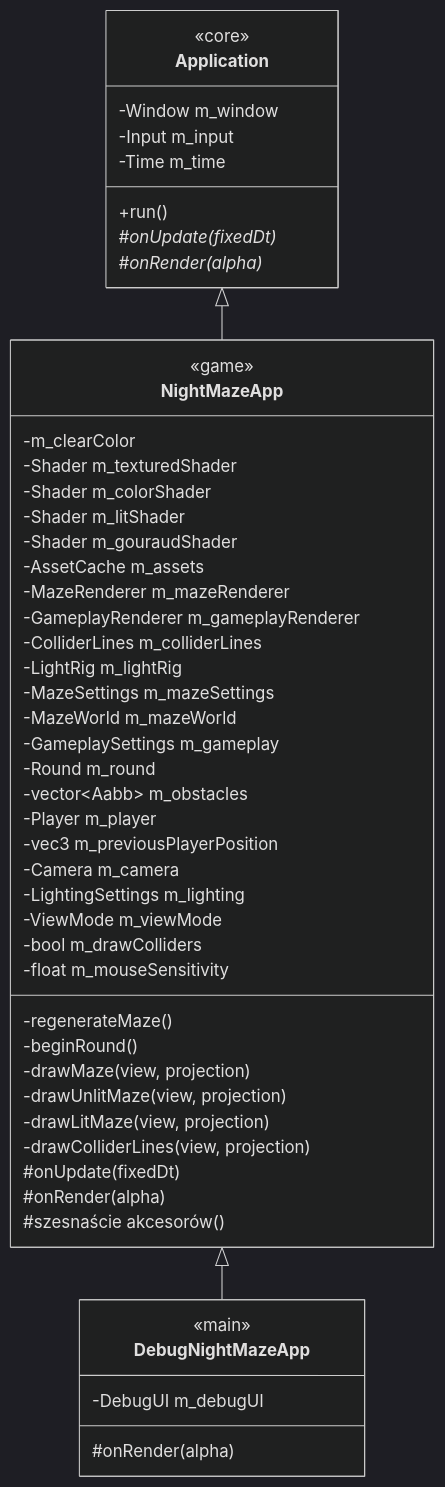
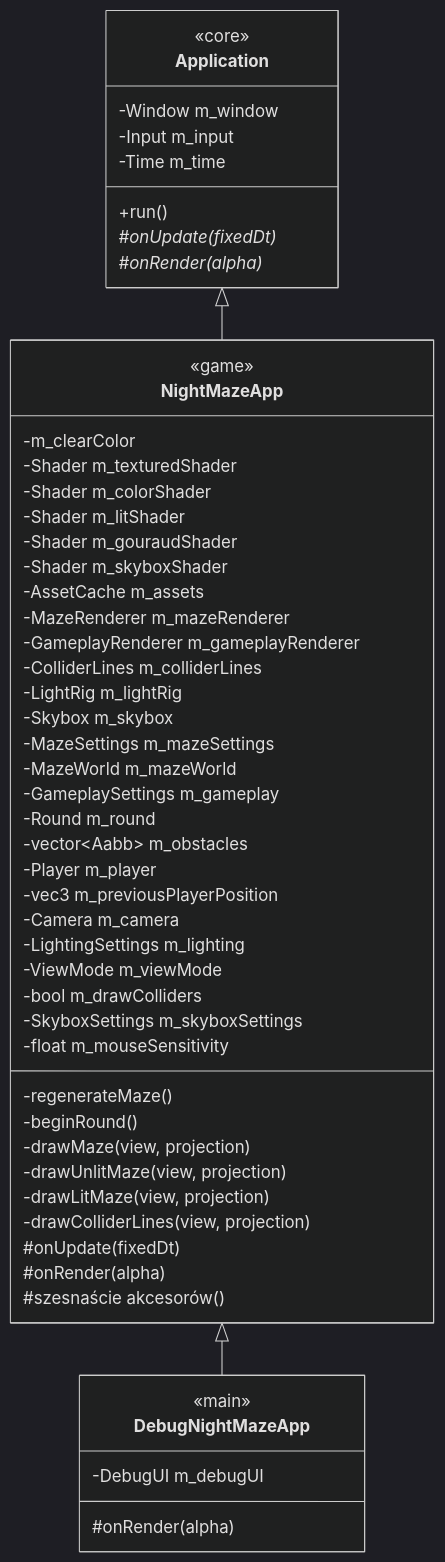
One commit to Shironex/night-maze changed the third of 3 diagrams in docs/modules/core/README.md. Above: the diagram before and after it, drawn with Mermaid (dark theme). The commit also changed other lines of this file and 66 other files, not shown here.

````diff
--- a/docs/modules/core/README.md
+++ b/docs/modules/core/README.md
@@ -811,53 +821,56 @@
 ```mermaid
 classDiagram
     class Application {
         <<core>>
         -Window m_window
         -Input m_input
         -Time m_time
         +run()
         #onUpdate(fixedDt)*
         #onRender(alpha)*
     }
     class NightMazeApp {
         <<game>>
         -m_clearColor
         -Shader m_texturedShader
         -Shader m_colorShader
         -Shader m_litShader
         -Shader m_gouraudShader
+        -Shader m_skyboxShader
         -AssetCache m_assets
         -MazeRenderer m_mazeRenderer
         -GameplayRenderer m_gameplayRenderer
         -ColliderLines m_colliderLines
         -LightRig m_lightRig
+        -Skybox m_skybox
         -MazeSettings m_mazeSettings
         -MazeWorld m_mazeWorld
         -GameplaySettings m_gameplay
         -Round m_round
         -vector~Aabb~ m_obstacles
         -Player m_player
         -vec3 m_previousPlayerPosition
         -Camera m_camera
         -LightingSettings m_lighting
         -ViewMode m_viewMode
         -bool m_drawColliders
+        -SkyboxSettings m_skyboxSettings
         -float m_mouseSensitivity
         -regenerateMaze()
         -beginRound()
         -drawMaze(view, projection)
         -drawUnlitMaze(view, projection)
         -drawLitMaze(view, projection)
         -drawColliderLines(view, projection)
         #onUpdate(fixedDt)
         #onRender(alpha)
         #szesnaście akcesorów()
     }
     class DebugNightMazeApp {
         <<main>>
         -DebugUI m_debugUI
         #onRender(alpha)
     }
     Application <|-- NightMazeApp
     NightMazeApp <|-- DebugNightMazeApp
 ```
````
